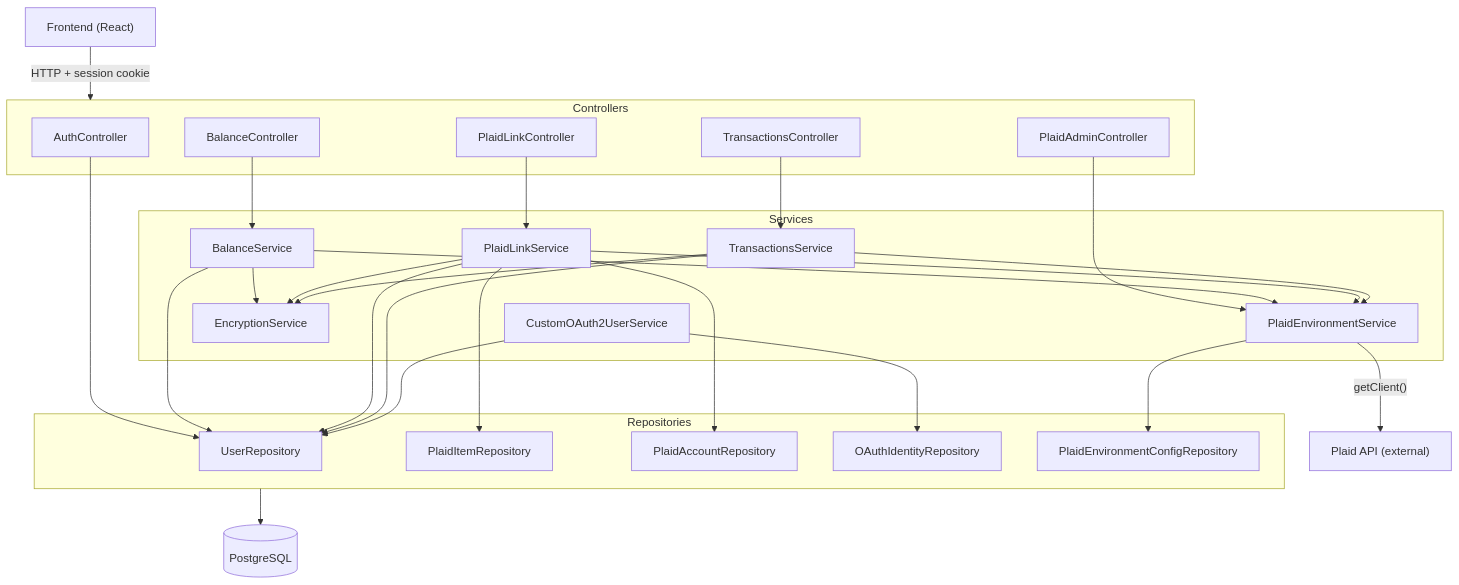
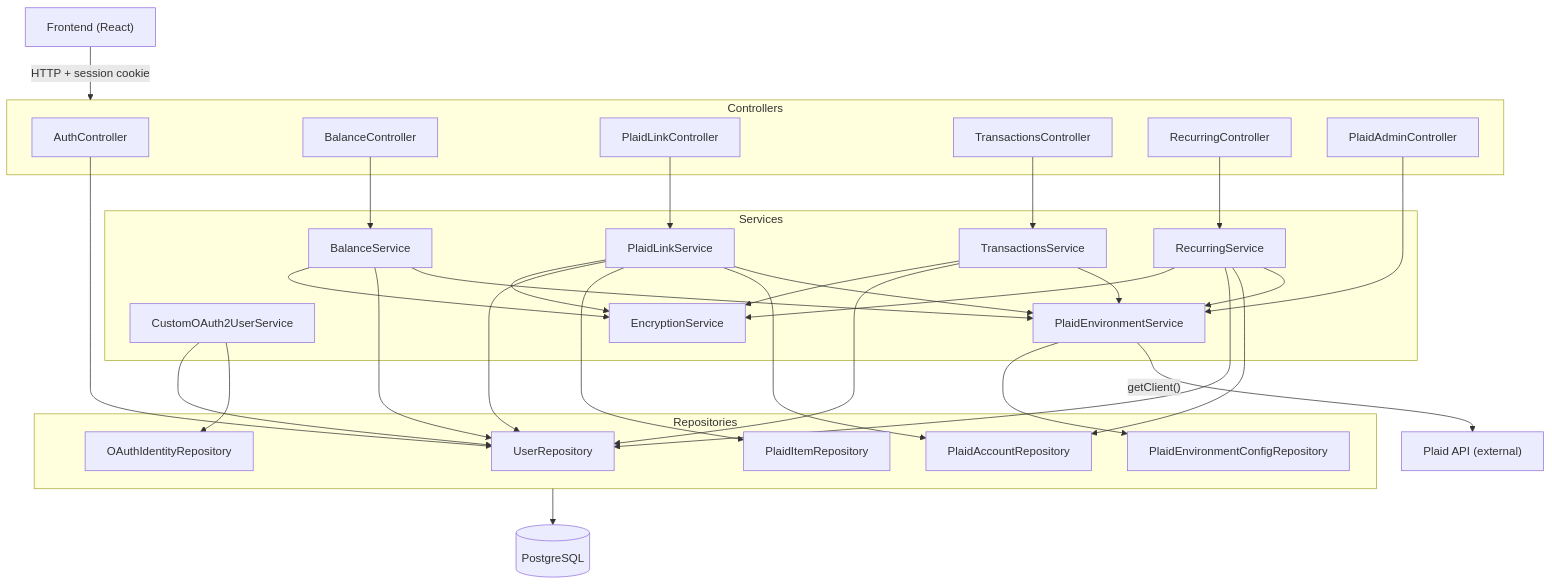
One commit to Cassen999/banksy-backend changed the diagram in documentation/ARCHITECTURE.md. Above: the diagram before and after it, drawn with Mermaid. The commit also changed other lines of this file and 15 other files, not shown here.

````diff
--- a/documentation/ARCHITECTURE.md
+++ b/documentation/ARCHITECTURE.md
@@ -9,49 +9,53 @@
 ```mermaid
 flowchart TD
     FE["Frontend (React)"]
 
     subgraph Controllers
         AC["AuthController"]
         BC["BalanceController"]
         PLC["PlaidLinkController"]
         TC["TransactionsController"]
+        RC["RecurringController"]
         PAC["PlaidAdminController"]
     end
 
     subgraph Services
         BS["BalanceService"]
         PLS["PlaidLinkService"]
         TS["TransactionsService"]
+        RS["RecurringService"]
         OAS["CustomOAuth2UserService"]
         ES["EncryptionService"]
         PES["PlaidEnvironmentService"]
     end
 
     subgraph Repositories
         UR["UserRepository"]
         PIR["PlaidItemRepository"]
         PAR["PlaidAccountRepository"]
         OIR["OAuthIdentityRepository"]
         PECR["PlaidEnvironmentConfigRepository"]
     end
 
     DB[(PostgreSQL)]
     Plaid["Plaid API (external)"]
 
     FE -->|"HTTP + session cookie"| Controllers
 
     AC --> UR
     BC --> BS
     PLC --> PLS
     TC --> TS
+    RC --> RS
     PAC --> PES
 
     BS --> ES & UR & PES
     PLS --> ES & UR & PIR & PAR & PES
     TS --> ES & UR & PES
+    RS --> ES & UR & PAR & PES
     OAS --> UR & OIR
     PES --> PECR
 
     PES -->|"getClient()"| Plaid
     Repositories --> DB
 ```
````
